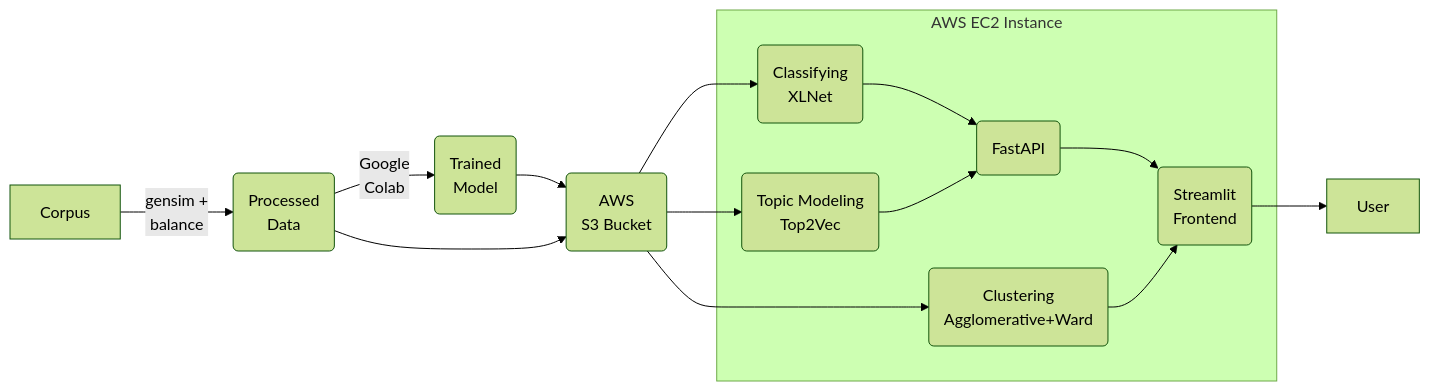
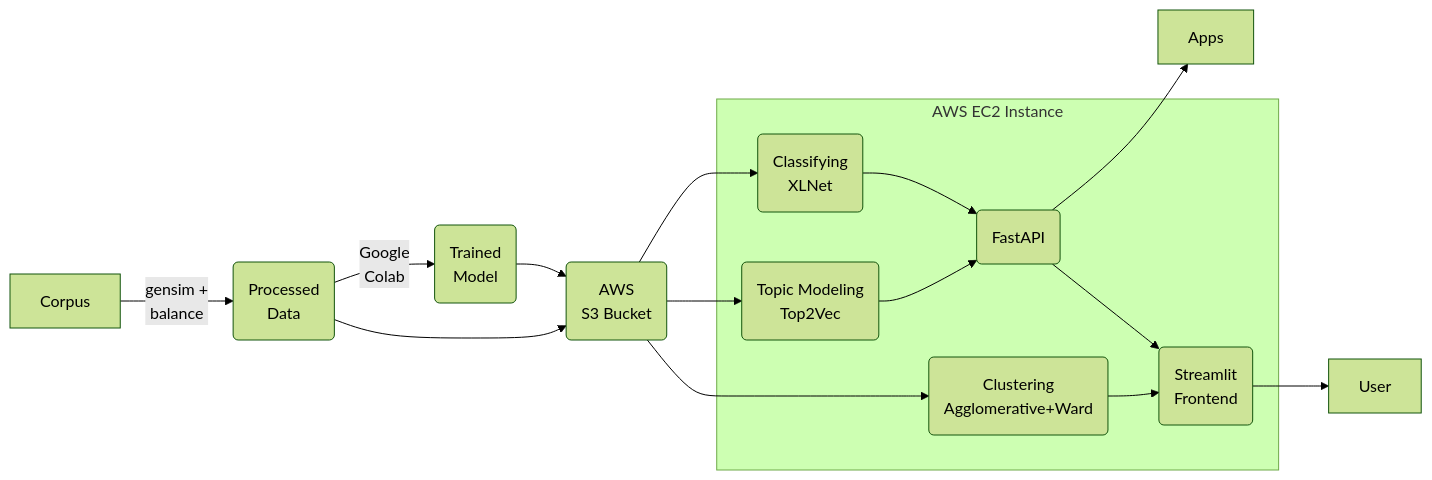
Before and after one commit to juswaldy/noobrainer: the diagram in README.md, drawn with Mermaid (forest theme).

Commit message:
[v0.3] Update diagram

````diff
--- a/README.md
+++ b/README.md
@@ -13,21 +13,22 @@
 ```mermaid
 graph LR
 	data(Processed<br>Data)
     model(Trained<br>Model)
 	s3(AWS<br>S3 Bucket)
     subgraph AWS EC2 Instance
         ner(Classifying<br>XLNet)
         clustr(Clustering<br>Agglomerative+Ward)
         tomo(Topic Modeling<br>Top2Vec)
         st(Streamlit<br>Frontend)
         api(FastAPI)
     end
 	
     Corpus -- gensim +<br>balance --> data
 	data -- Google<br>Colab --> model --> s3
     data --> s3
+    api --> Apps
 	s3 --> ner --> api --> st
 	s3 --> tomo --> api
 	s3 --> clustr --> st
 	st --> User
 ```
````
